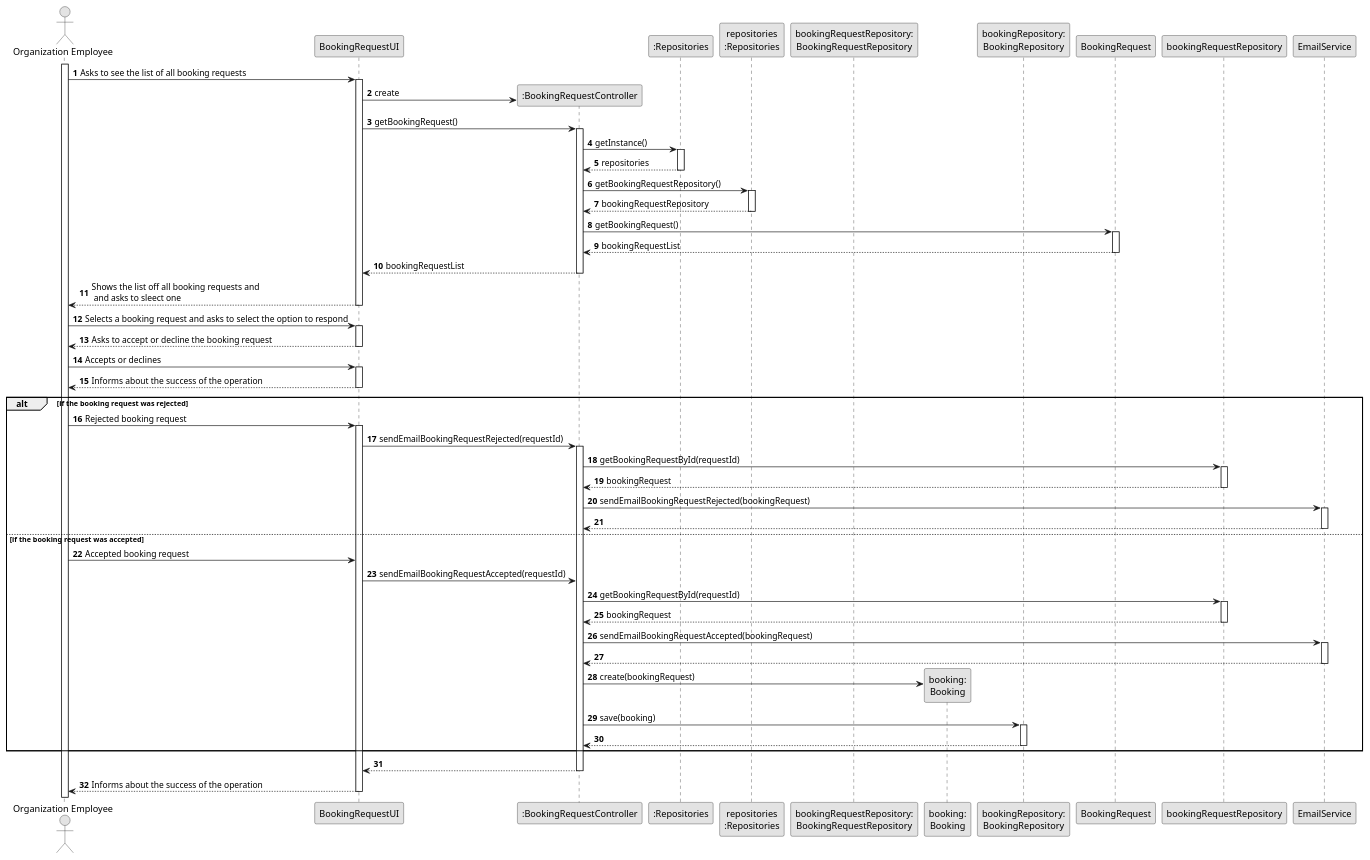
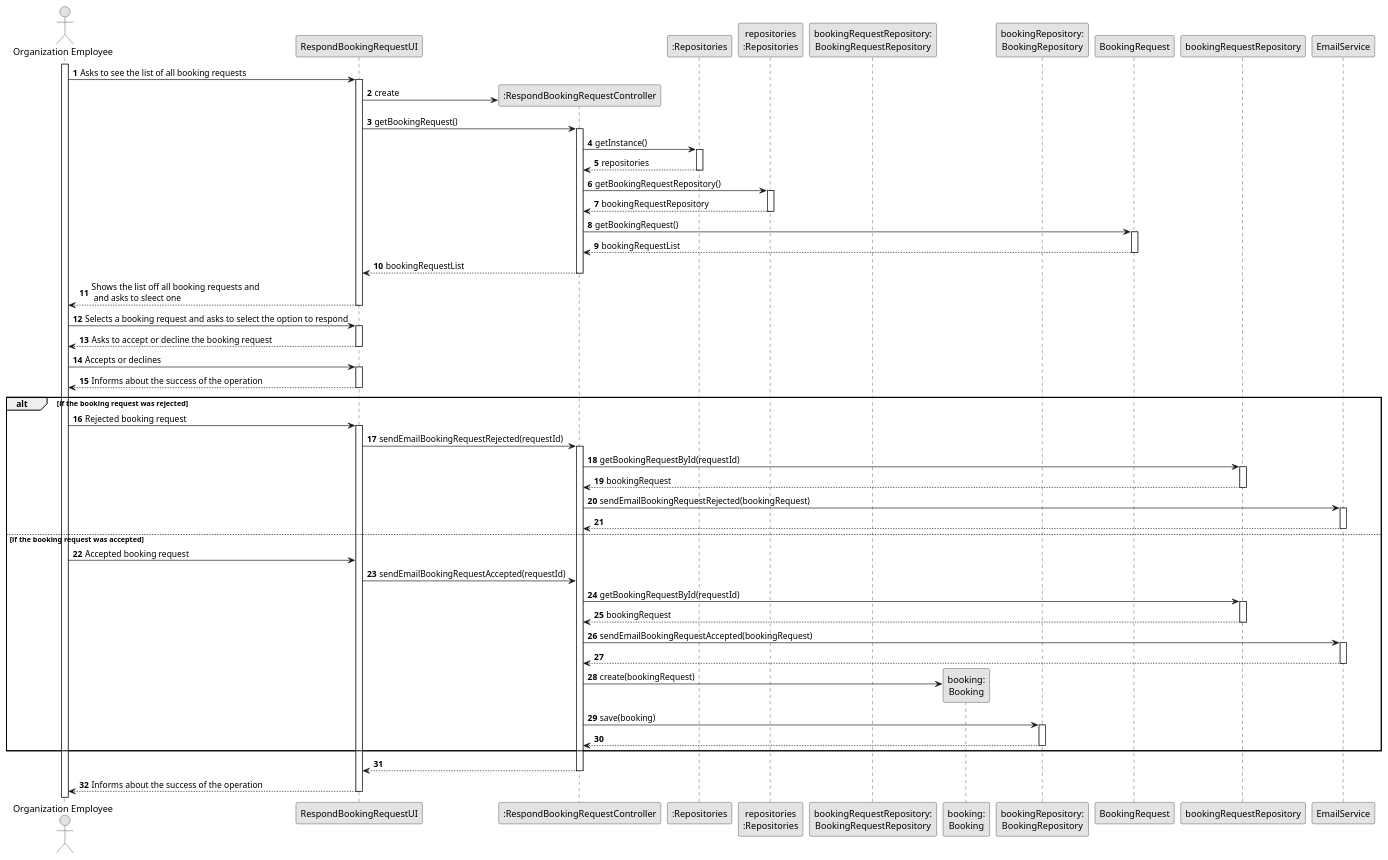
The diagram in docs/sprintD/us016/03.design/puml/us016-sequence-diagram-full.puml (1220812/LAPR2), drawn with PlantUML before and after one commit. The commit also changed 6 other files, not shown here.

Commit message:
US016- Corrected the system sequence diagram and domain model. Completed the Read Me's.

```diff
--- a/docs/sprintD/us016/03.design/puml/us016-sequence-diagram-full.puml
+++ b/docs/sprintD/us016/03.design/puml/us016-sequence-diagram-full.puml
@@ -1,154 +1,154 @@
 @startuml
 skinparam monochrome true
 skinparam packageStyle rectangle
 skinparam shadowing false
 
 autonumber
 
 'hide footbox
 actor "Organization Employee" as ADM
-participant "BookingRequestUI" as UI
-participant ":BookingRequestController" as CTRL
+participant "RespondBookingRequestUI" as UI
+participant ":RespondBookingRequestController" as CTRL
 participant ":Repositories" as RepositorySingleton
 participant "repositories\n:Repositories" as PLAT
 participant "bookingRequestRepository:\nBookingRequestRepository" as BookingRequestRepository
 participant "booking:\nBooking" as Booking
 participant "bookingRepository:\nBookingRepository" as BookingRepository
 
 activate ADM
 
         ADM -> UI : Asks to see the list of all booking requests
 
         activate UI
 
 '            UI --> ADM : requests data (reference, description,  informal \n description, technical description, duration, cost)
             'create CTRL
             UI -> CTRL** : create
 
             UI -> CTRL : getBookingRequest()
             activate CTRL
 
                 CTRL -> RepositorySingleton : getInstance()
                 activate RepositorySingleton
 
                     RepositorySingleton --> CTRL: repositories
                 deactivate RepositorySingleton
 
                 CTRL -> PLAT : getBookingRequestRepository()
                 activate PLAT
 
                     PLAT --> CTRL: bookingRequestRepository
                 deactivate PLAT
 
                 CTRL -> BookingRequest : getBookingRequest()
                 activate BookingRequest
 
                    BookingRequest --> CTRL : bookingRequestList
                 deactivate BookingRequest
 
                 CTRL --> UI : bookingRequestList
             deactivate CTRL
 
             UI --> ADM : Shows the list off all booking requests and \n and asks to sleect one
         deactivate UI
 
     ADM -> UI : Selects a booking request and asks to select the option to respond
     activate UI
 
         UI --> ADM : Asks to accept or decline the booking request
     deactivate UI
 
     ADM -> UI : Accepts or declines
     activate UI
 
     UI --> ADM : Informs about the success of the operation
 
     deactivate UI
 
     alt if the booking request was rejected
 
 
 
 
    ADM -> UI : Rejected booking request
 
    activate UI
 
    UI -> CTRL : sendEmailBookingRequestRejected(requestId)
 
 
 
    activate CTRL
 
    CTRL -> bookingRequestRepository: getBookingRequestById(requestId)
 
    activate bookingRequestRepository
 
    bookingRequestRepository --> CTRL : bookingRequest
 
    deactivate bookingRequestRepository
 
 
    CTRL -> EmailService : sendEmailBookingRequestRejected(bookingRequest)
 
 
    activate EmailService
 
    EmailService --> CTRL :
 
 
 
    deactivate EmailService
 
     else if the booking request was accepted
 
     ADM -> UI : Accepted booking request
 
 
 
        UI -> CTRL : sendEmailBookingRequestAccepted(requestId)
 
       CTRL -> bookingRequestRepository: getBookingRequestById(requestId)
 
        activate bookingRequestRepository
 
        bookingRequestRepository --> CTRL : bookingRequest
 
        deactivate bookingRequestRepository
 
 
 
 
 
     CTRL -> EmailService : sendEmailBookingRequestAccepted(bookingRequest)
 
     activate EmailService
 
     EmailService --> CTRL :
 
     deactivate EmailService
 
     CTRL -> Booking** : create(bookingRequest)
 
     CTRL -> BookingRepository : save(booking)
 
     activate BookingRepository
 
     BookingRepository --> CTRL :
 
     deactivate BookingRepository
 
 
 
     end
 
     CTRL --> UI:
 
     deactivate CTRL
 
     UI --> ADM : Informs about the success of the operation
 
     deactivate UI
 
 
 @enduml
```
